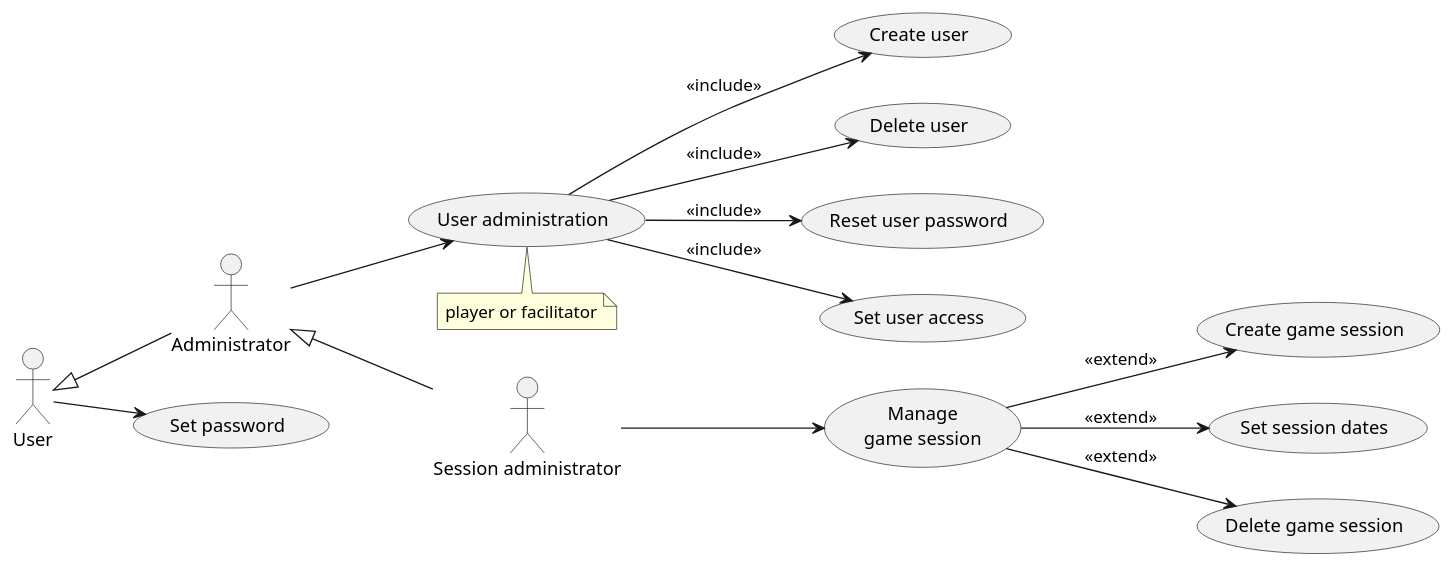
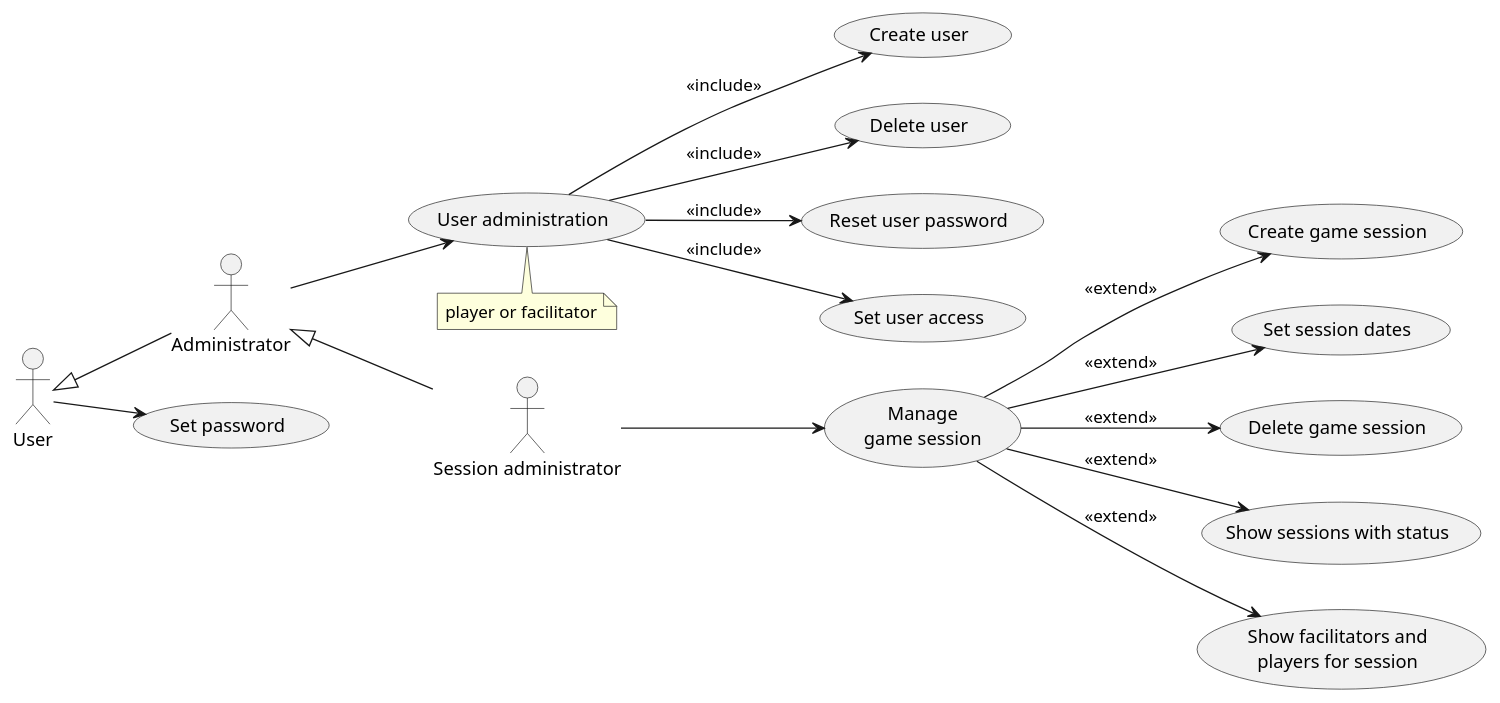
Before and after one commit to averbraeck/gscg-design: the diagram in doc/1-use-cases/diagrams/session-administration.puml, drawn with PlantUML. The commit also changed 4 other files, not shown here.

```diff
--- a/doc/1-use-cases/diagrams/session-administration.puml
+++ b/doc/1-use-cases/diagrams/session-administration.puml
@@ -1,26 +1,28 @@
 @startuml
 left to right direction
 
 "Session administrator" as SA
 User <|-- Administrator
 Administrator <|-- SA
 
 User --> (Set password)
 
 Administrator --> (User administration)
 note bottom
   player or facilitator
 end note
 
 (User administration) --> (Create user) : << include >>
 (User administration) --> (Delete user) : << include >>
 (User administration) --> (Reset user password) : << include >>
 (User administration) --> (Set user access) : << include >>
 
 "Manage\ngame session" as (Manage)
 SA --> Manage
 Manage --> (Create game session) : << extend >>
 Manage --> (Set session dates) : << extend >>
 Manage --> (Delete game session) : << extend >>
+Manage --> (Show sessions with status) : << extend >>
+Manage --> (Show facilitators and\nplayers for session) : << extend >>
 
 @enduml
```
